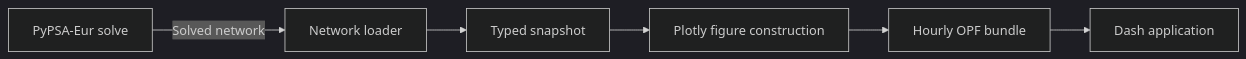
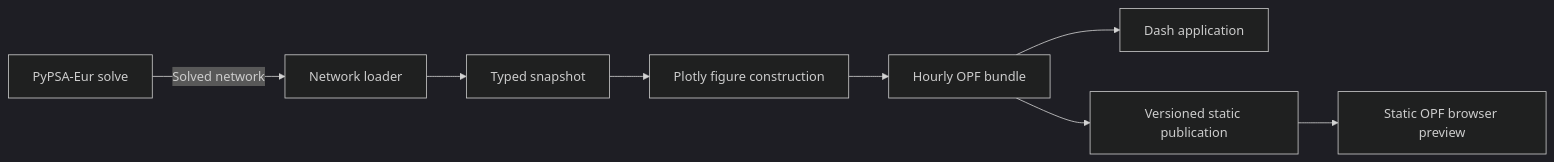
Before and after one commit to zoltanmaric/coppersushi: the diagram in coppersushi/opf/README.md, drawn with Mermaid (dark theme). The commit also changed other lines of this file and 26 other files, not shown here.

````diff
--- a/coppersushi/opf/README.md
+++ b/coppersushi/opf/README.md
@@ -9,8 +9,10 @@
 ```mermaid
 flowchart LR
     solver["PyPSA-Eur solve"] -->|Solved network| networks["Network loader"]
     networks --> snapshot["Typed snapshot"]
     snapshot --> figures["Plotly figure construction"]
     figures --> bundle["Hourly OPF bundle"]
     bundle --> server["Dash application"]
+    bundle --> publish["Versioned static publication"]
+    publish --> browser["Static OPF browser preview"]
 ```
````
